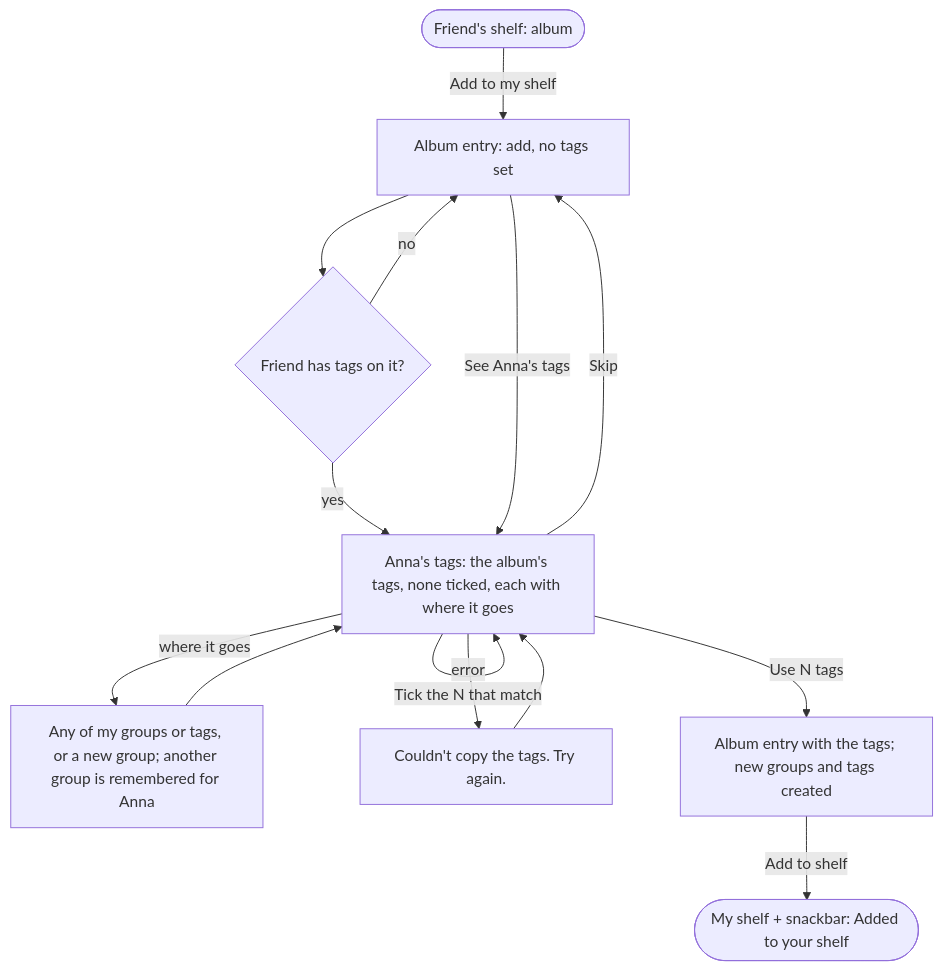
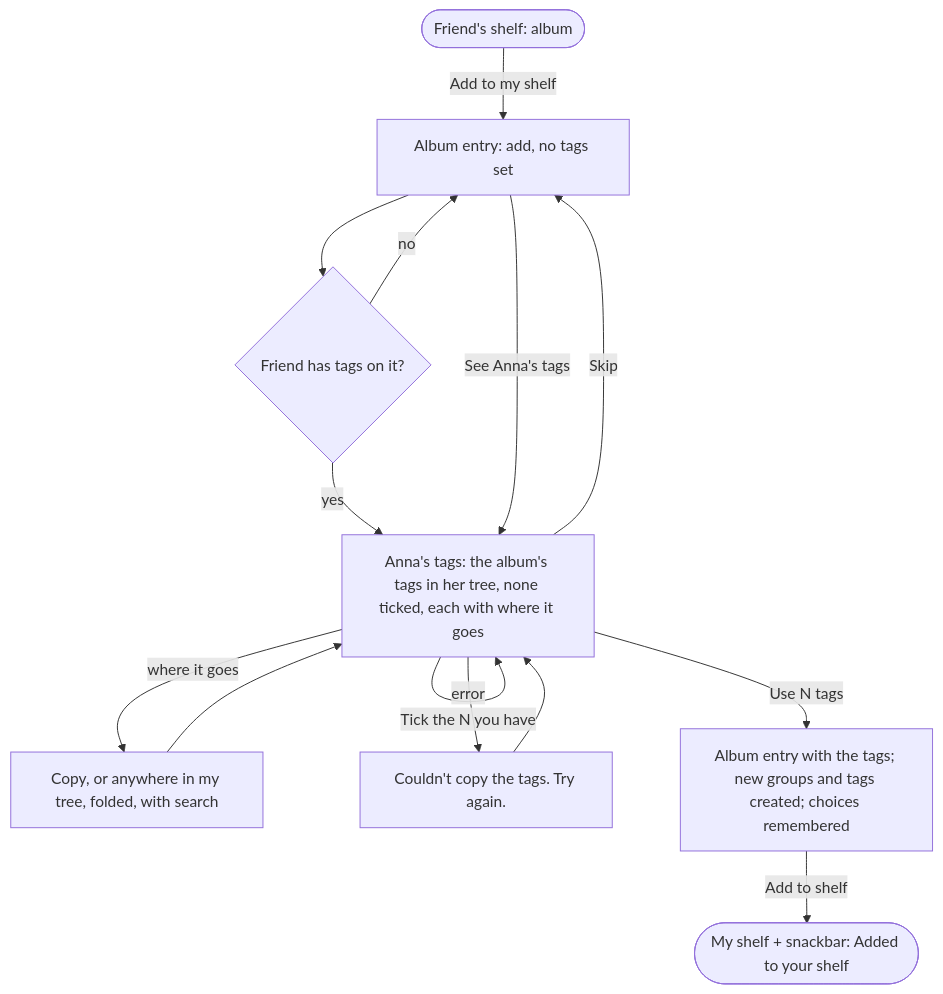
Before and after one commit to Schwub/shelf: the eighth of 15 diagrams in docs/design/flows.md, drawn with Mermaid. The commit also changed 19 other files, not shown here.

First line of the commit message:
Copy or map a friend's tags in their tree (TASK-49)

````diff
--- a/docs/design/flows.md
+++ b/docs/design/flows.md
@@ -185,14 +185,14 @@
 ```mermaid
 flowchart TD
   friend([Friend's shelf: album]) -- Add to my shelf --> entry[Album entry: add, no tags set]
   entry --> any{Friend has tags on it?}
   any -- no --> entry
-  any -- yes --> sheet[Anna's tags: the album's tags, none ticked, each with where it goes]
-  sheet -- where it goes --> pick[Any of my groups or tags, or a new group; another group is remembered for Anna] --> sheet
-  sheet -- Tick the N that match --> sheet
-  sheet -- Use N tags --> entry2[Album entry with the tags; new groups and tags created]
+  any -- yes --> sheet[Anna's tags: the album's tags in her tree, none ticked, each with where it goes]
+  sheet -- where it goes --> pick[Copy, or anywhere in my tree, folded, with search] --> sheet
+  sheet -- Tick the N you have --> sheet
+  sheet -- Use N tags --> entry2[Album entry with the tags; new groups and tags created; choices remembered]
   sheet -- Skip --> entry
   entry -- See Anna's tags --> sheet
   entry2 -- Add to shelf --> done([My shelf + snackbar: Added to your shelf])
   sheet -- error --> err[Couldn't copy the tags. Try again.] --> sheet
 ```
````
